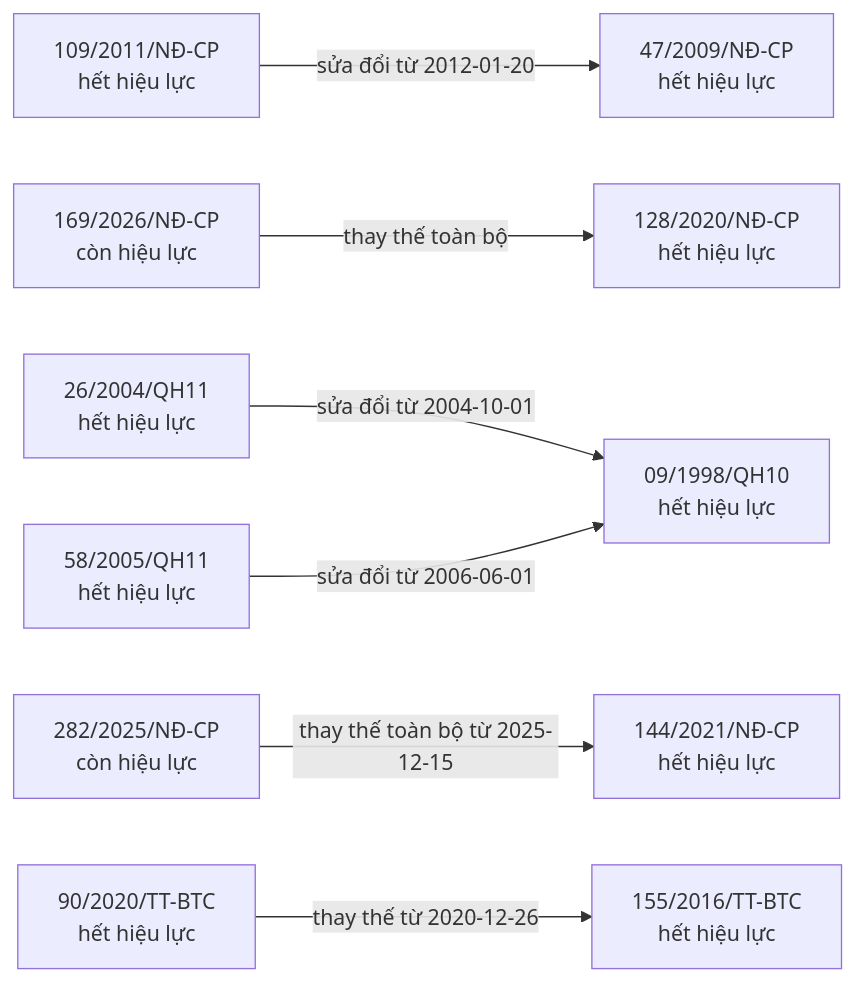
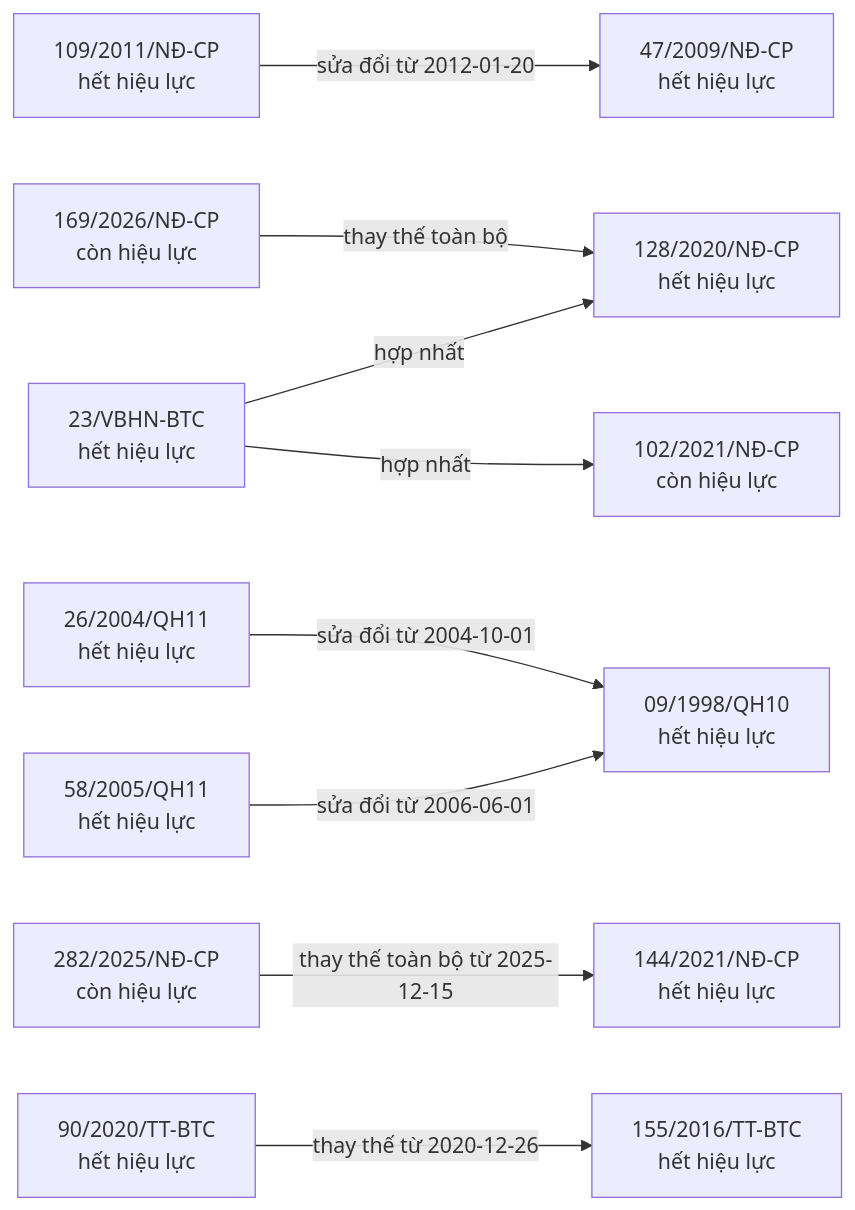
The eighth of 9 diagrams in bao-cao/quan-he.md (ozvietnam/oz-wiki-plhq), drawn with Mermaid before and after one commit. The commit also changed other lines of this file and 3 other files, not shown here.

````diff
--- a/bao-cao/quan-he.md
+++ b/bao-cao/quan-he.md
@@ -743,20 +753,24 @@
 ```mermaid
 flowchart LR
   n_109_2011_N__CP["109/2011/NĐ-CP<br/>hết hiệu lực"]
   n_47_2009_N__CP["47/2009/NĐ-CP<br/>hết hiệu lực"]
   n_169_2026_N__CP["169/2026/NĐ-CP<br/>còn hiệu lực"]
   n_128_2020_N__CP["128/2020/NĐ-CP<br/>hết hiệu lực"]
+  n_23_VBHN_BTC["23/VBHN-BTC<br/>hết hiệu lực"]
+  n_102_2021_N__CP["102/2021/NĐ-CP<br/>còn hiệu lực"]
   n_26_2004_QH11["26/2004/QH11<br/>hết hiệu lực"]
   n_09_1998_QH10["09/1998/QH10<br/>hết hiệu lực"]
   n_282_2025_N__CP["282/2025/NĐ-CP<br/>còn hiệu lực"]
   n_144_2021_N__CP["144/2021/NĐ-CP<br/>hết hiệu lực"]
   n_58_2005_QH11["58/2005/QH11<br/>hết hiệu lực"]
   n_90_2020_TT_BTC["90/2020/TT-BTC<br/>hết hiệu lực"]
   n_155_2016_TT_BTC["155/2016/TT-BTC<br/>hết hiệu lực"]
   n_109_2011_N__CP -->|sửa đổi từ 2012-01-20| n_47_2009_N__CP
   n_169_2026_N__CP -->|thay thế toàn bộ| n_128_2020_N__CP
+  n_23_VBHN_BTC -->|hợp nhất| n_128_2020_N__CP
+  n_23_VBHN_BTC -->|hợp nhất| n_102_2021_N__CP
   n_26_2004_QH11 -->|sửa đổi từ 2004-10-01| n_09_1998_QH10
   n_282_2025_N__CP -->|thay thế toàn bộ từ 2025-12-15| n_144_2021_N__CP
   n_58_2005_QH11 -->|sửa đổi từ 2006-06-01| n_09_1998_QH10
   n_90_2020_TT_BTC -->|thay thế từ 2020-12-26| n_155_2016_TT_BTC
 ```
````
